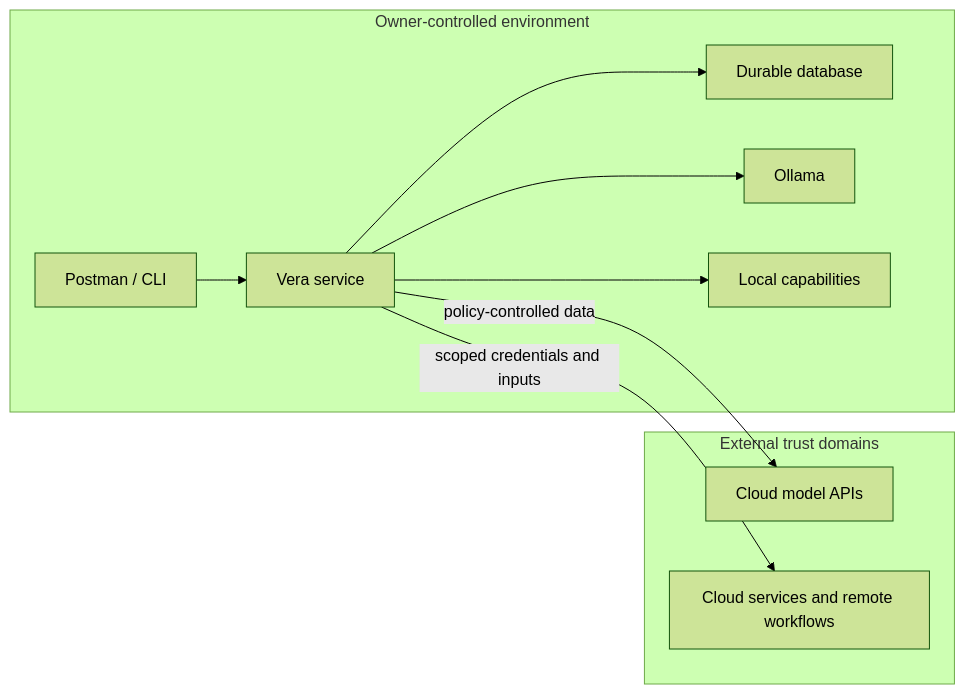
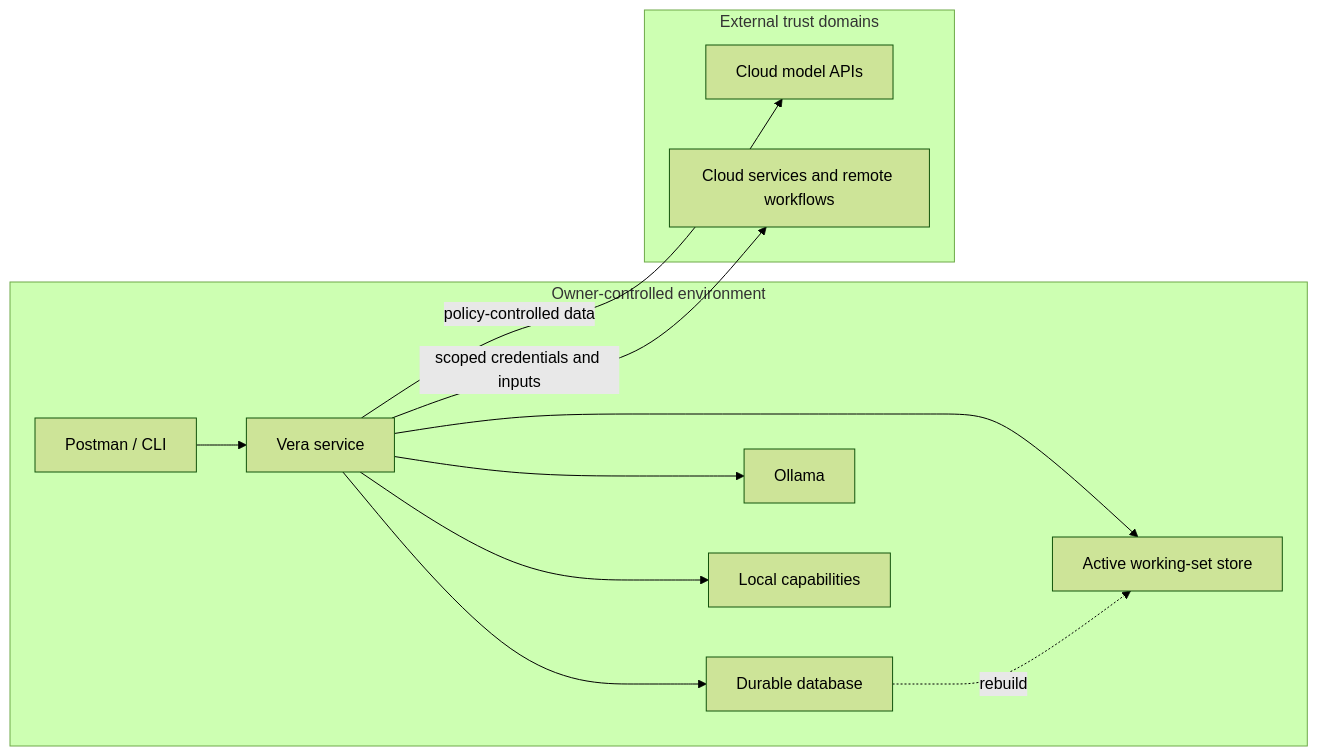
One commit to 4romgod/vera changed the fifth of 5 diagrams in docs/system-architecture.md. Above: the diagram before and after it, drawn with Mermaid (forest theme). The commit also changed other lines of this file and 19 other files, not shown here.

````diff
--- a/docs/system-architecture.md
+++ b/docs/system-architecture.md
@@ -330,22 +363,25 @@
 ```mermaid
 flowchart LR
     subgraph PersonalNetwork["Owner-controlled environment"]
         CLIENT["Postman / CLI"]
         VERA["Vera service"]
         DB["Durable database"]
+        WORKING["Active working-set store"]
         OLLAMA["Ollama"]
         LOCAL["Local capabilities"]
     end
 
     subgraph External["External trust domains"]
         MODELS["Cloud model APIs"]
         SERVICES["Cloud services and remote workflows"]
     end
 
     CLIENT --> VERA
     VERA --> DB
+    VERA --> WORKING
+    DB -. "rebuild" .-> WORKING
     VERA --> OLLAMA
     VERA --> LOCAL
     VERA -->|"policy-controlled data"| MODELS
     VERA -->|"scoped credentials and inputs"| SERVICES
 ```
````
